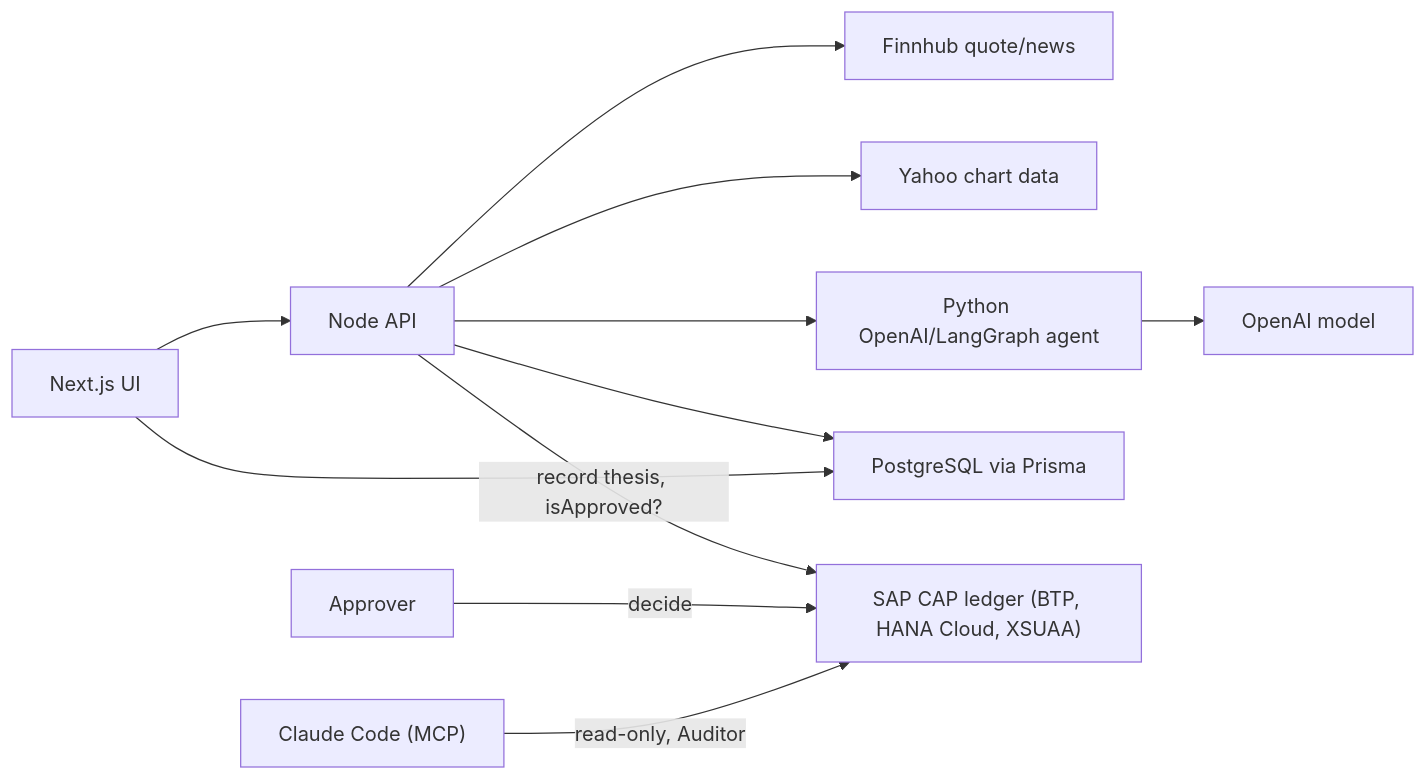
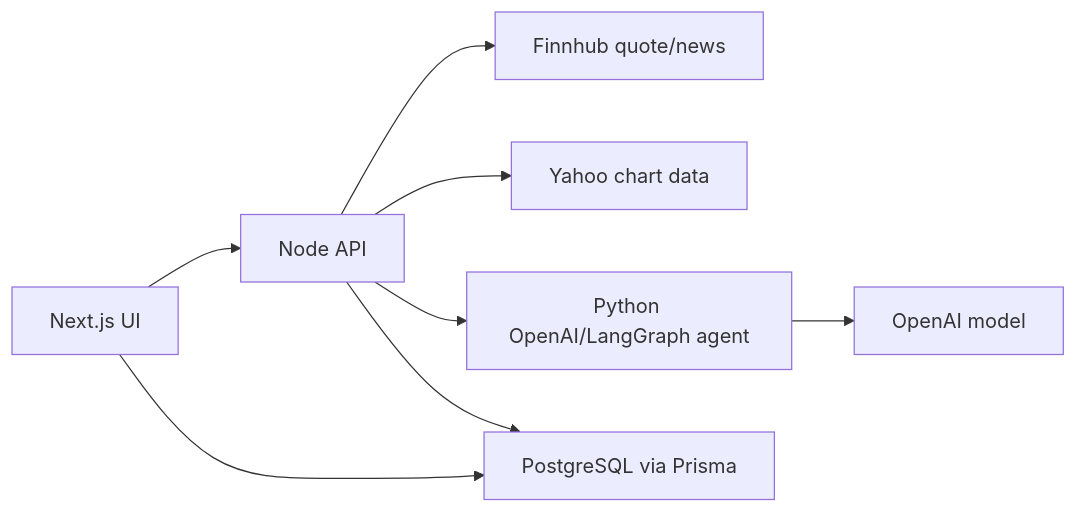
One commit to mastroevan/shadow-trader changed the diagram in README.md. Above: the diagram before and after it, drawn with Mermaid. The commit also changed other lines of this file and 17 other files, not shown here.

First line of the commit message:
refactor: retire SAP ledger and stabilize trade execution lifecycle

````diff
--- a/README.md
+++ b/README.md
@@ -23,13 +22,10 @@
 ```mermaid
 flowchart LR
   UI["Next.js UI"] --> API["Node API"]
   API --> Finnhub["Finnhub quote/news"]
   API --> Yahoo["Yahoo chart data"]
   API --> Agent["Python OpenAI/LangGraph agent"]
   Agent --> OpenAI["OpenAI model"]
   API --> Postgres["PostgreSQL via Prisma"]
   UI --> Postgres
-  API -- "record thesis, isApproved?" --> Ledger["SAP CAP ledger (BTP, HANA Cloud, XSUAA)"]
-  Human["Approver"] -- decide --> Ledger
-  Assistant["Claude Code (MCP)"] -- "read-only, Auditor" --> Ledger
 ```
````
